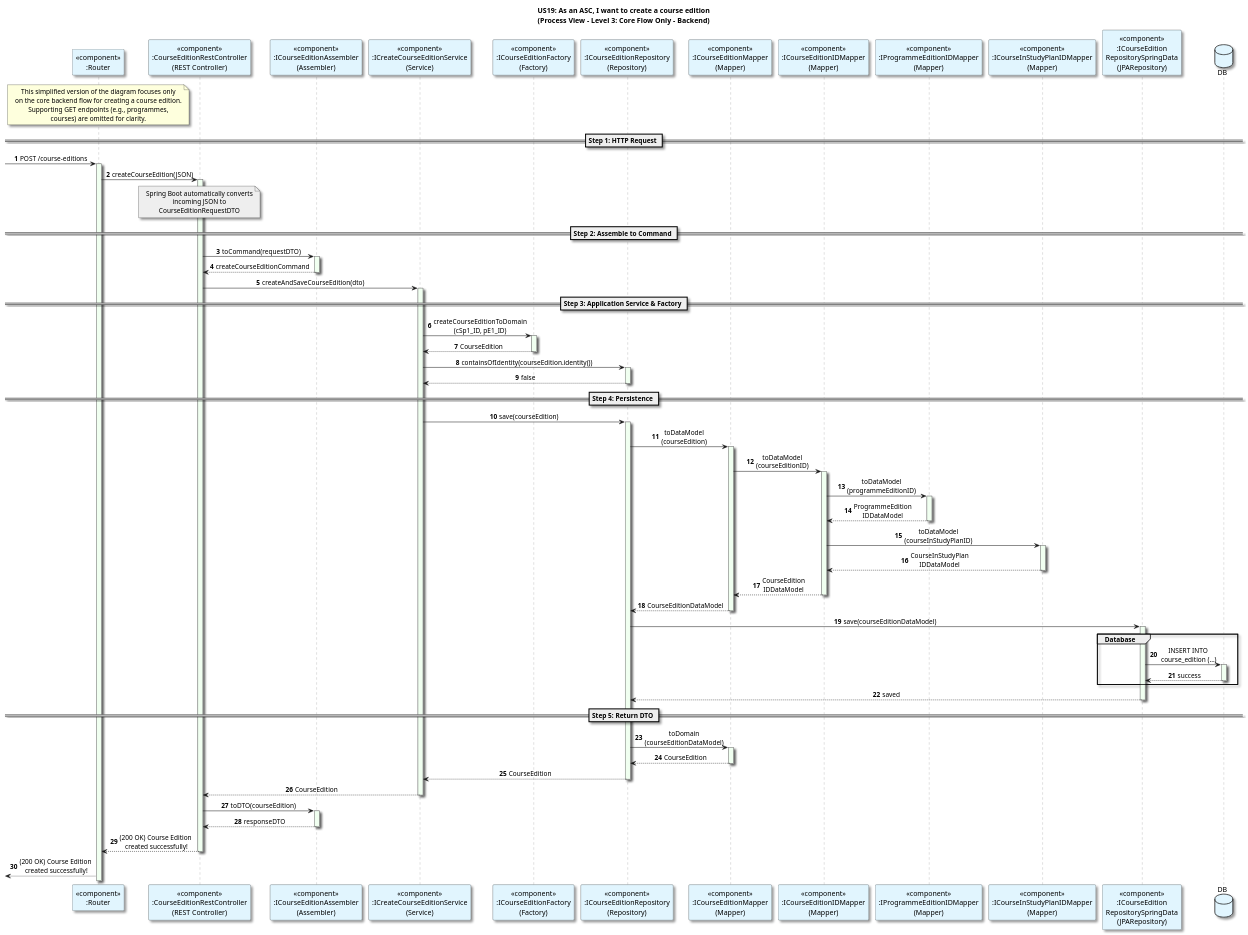
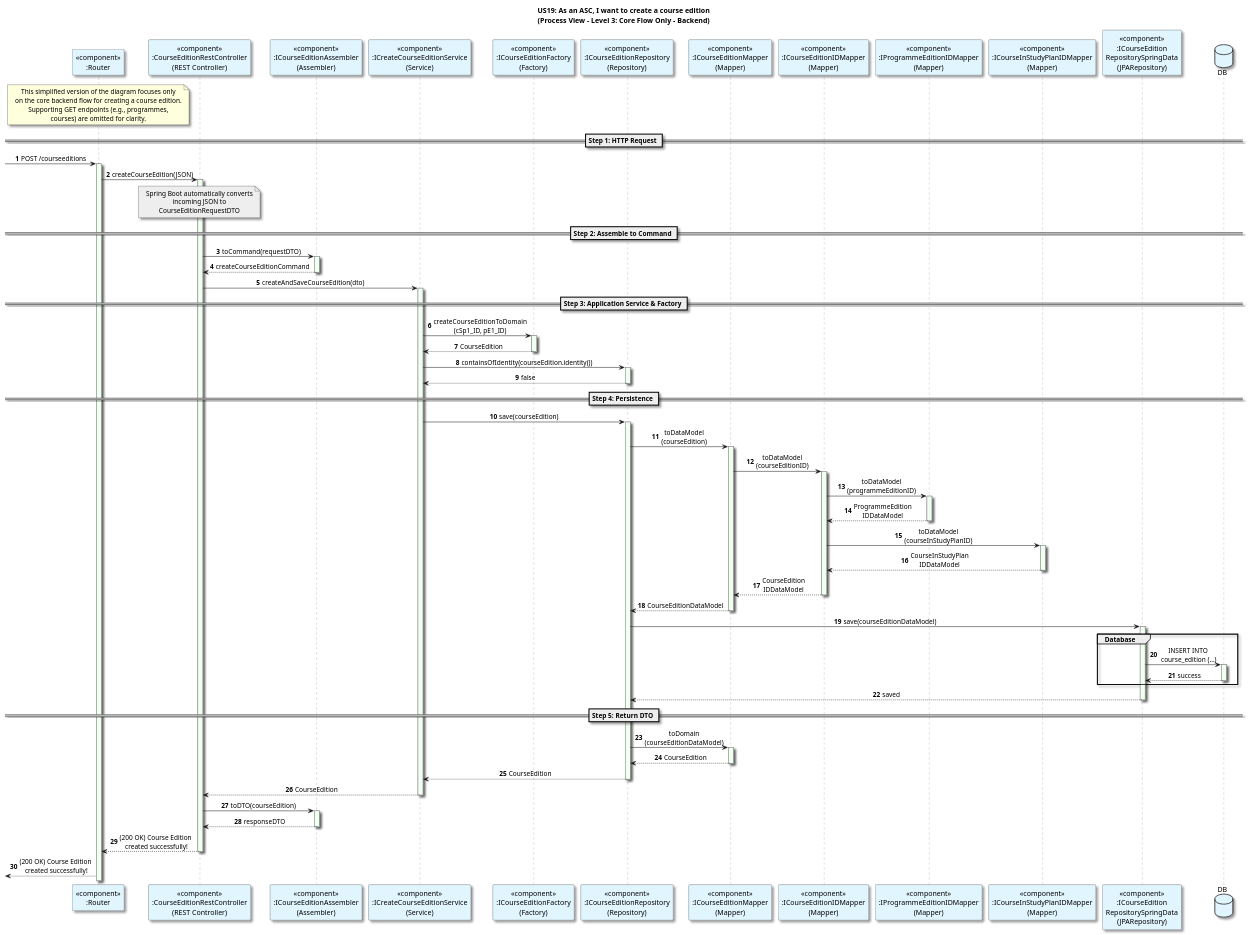
The diagram in docs/US19/Sprint6_RestAPI/ProcessView/CreateCourseEdition_Level3_Backend_Simplified.puml (GasparISEP/DevOps-PAI), drawn with PlantUML before and after one commit. The commit also changed 2 other files, not shown here.

Commit message:
[docs] Add detailed flow diagram for List Of Degree Types reference in createCourseEdition level 3 process view diagram (Refs: #536, #549)

```diff
--- a/docs/US19/Sprint6_RestAPI/ProcessView/CreateCourseEdition_Level3_Backend_Simplified.puml
+++ b/docs/US19/Sprint6_RestAPI/ProcessView/CreateCourseEdition_Level3_Backend_Simplified.puml
@@ -1,139 +1,139 @@
 @startuml
 title: US19: As an ASC, I want to create a course edition\n(Process View - Level 3: Core Flow Only - Backend)
 
 
 autonumber
 
 skinparam {
   ActivityPadding 2
   ActivityMargin 2
   BoxPadding 2
 }
 skinparam sequence {
     LifeLineBorderColor Grey
     LifeLineBackgroundColor HoneyDew
 }
 skinparam defaultTextAlignment center
 skinparam shadowing true
 
 
 participant "<<component>>\n:Router" as router #E1F5FE
 participant "<<component>>\n:CourseEditionRestController\n(REST Controller)" as Controller #E1F5FE
 participant "<<component>>\n:ICourseEditionAssembler\n(Assembler)" as Assembler #E1F5FE
 participant "<<component>>\n:ICreateCourseEditionService\n(Service)" as Service #E1F5FE
 participant "<<component>>\n:ICourseEditionFactory\n(Factory)" as CourseEditionFactory #E1F5FE
 participant "<<component>>\n:ICourseEditionRepository\n(Repository)" as Repository #E1F5FE
 participant "<<component>>\n:ICourseEditionMapper\n(Mapper)" as Mapper #E1F5FE
 participant "<<component>>\n:ICourseEditionIDMapper\n(Mapper)" as IDMapper #E1F5FE
 participant "<<component>>\n:IProgrammeEditionIDMapper\n(Mapper)" as PEMapper #E1F5FE
 participant "<<component>>\n:ICourseInStudyPlanIDMapper\n(Mapper)" as CSPMapper #E1F5FE
 participant "<<component>>\n:ICourseEdition\nRepositorySpringData\n(JPARepository)" as SpringData #E1F5FE
 
 database DB as Database #E1F5FE
 
 note over router
 This simplified version of the diagram focuses only
 on the core backend flow for creating a course edition.
 Supporting GET endpoints (e.g., programmes,
 courses) are omitted for clarity.
 end note
 
 == Step 1: HTTP Request ==
 
 ' --- GET endpoints omitted for brevity ---
 
--> router: POST /course-editions
+-> router: POST /courseeditions
 activate router
 router -> Controller: createCourseEdition(JSON)
 
 activate Controller
 
 note over Controller #EEEEEE
 Spring Boot automatically converts
 incoming JSON to
 CourseEditionRequestDTO
 end note
 
 == Step 2: Assemble to Command ==
 
 Controller -> Assembler: toCommand(requestDTO)
 activate Assembler
 Assembler --> Controller: createCourseEditionCommand
 deactivate Assembler
 
 
 
 Controller -> Service: createAndSaveCourseEdition(dto)
 activate Service
 
 == Step 3: Application Service & Factory ==
 
 Service -> CourseEditionFactory: createCourseEditionToDomain\n(cSp1_ID, pE1_ID)
 activate CourseEditionFactory
 CourseEditionFactory --> Service -- : CourseEdition
 Service -> Repository: containsOfIdentity(courseEdition.identity())
 activate Repository
 Repository --> Service: false
 deactivate Repository
 
 
 == Step 4: Persistence ==
 Service -> Repository : save(courseEdition)
 activate Repository
 Repository -> Mapper : toDataModel\n(courseEdition)
 activate Mapper
 Mapper -> IDMapper : toDataModel\n(courseEditionID)
 activate IDMapper
 IDMapper -> PEMapper : toDataModel\n(programmeEditionID)
 activate PEMapper
 PEMapper --> IDMapper : ProgrammeEdition\nIDDataModel
 deactivate PEMapper
 IDMapper -> CSPMapper : toDataModel\n(courseInStudyPlanID)
 activate CSPMapper
 CSPMapper --> IDMapper : CourseInStudyPlan\nIDDataModel
 deactivate CSPMapper
 IDMapper --> Mapper : CourseEdition\nIDDataModel
 deactivate IDMapper
 Mapper --> Repository : CourseEditionDataModel
 deactivate Mapper
 
 
 
 
 Repository -> SpringData : save(courseEditionDataModel)
 activate SpringData
 
 group Database
 SpringData -> Database: INSERT INTO\n course_edition (...)
 activate Database
 Database --> SpringData: success
 deactivate Database
 end
 
 
 SpringData --> Repository : saved
 deactivate
 
 == Step 5: Return DTO ==
 
 Repository -> Mapper : toDomain\n(courseEditionDataModel)
 activate Mapper
 Mapper --> Repository : CourseEdition
 deactivate
 
 Repository --> Service : CourseEdition
 deactivate
 
 Service --> Controller : CourseEdition
 deactivate Service
 
 Controller -> Assembler : toDTO(courseEdition)
 activate Assembler
 Assembler --> Controller : responseDTO
 deactivate Assembler
 
 Controller --> router:  (200 OK) Course Edition\n created successfully!
 deactivate Controller
 
 <-- router:  (200 OK) Course Edition\n created successfully!
 @enduml
```
